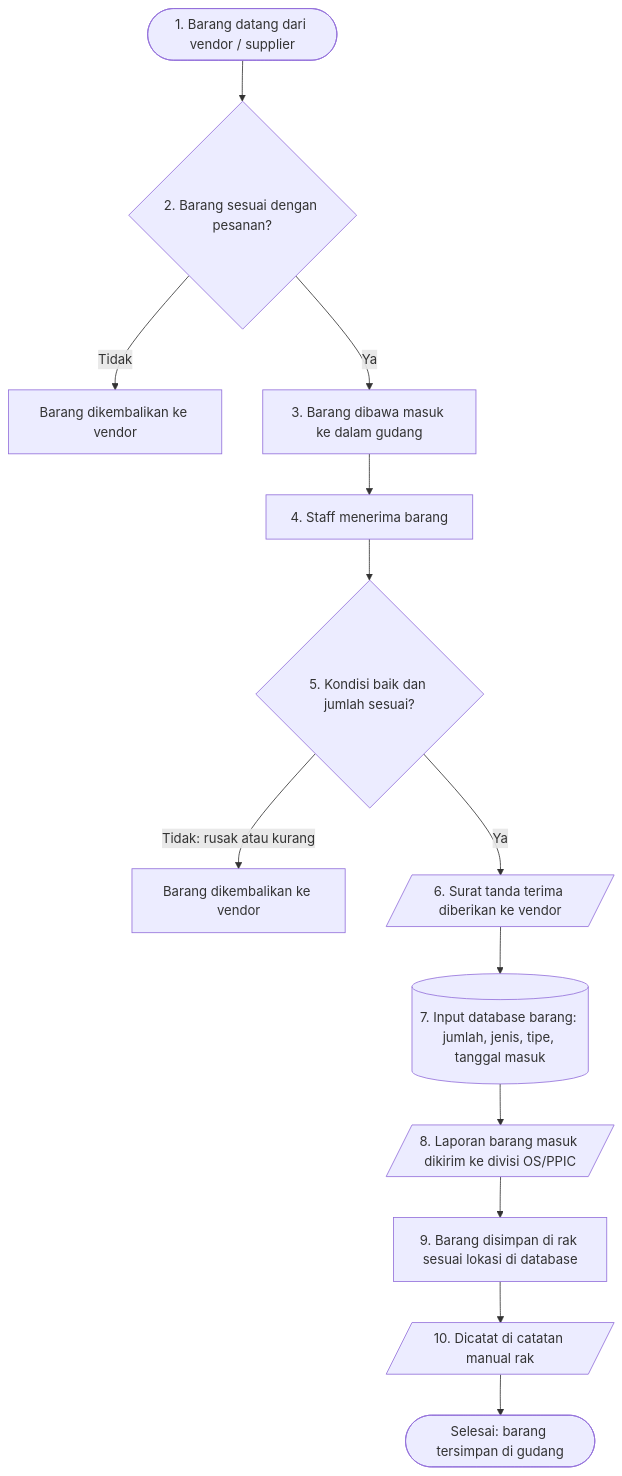
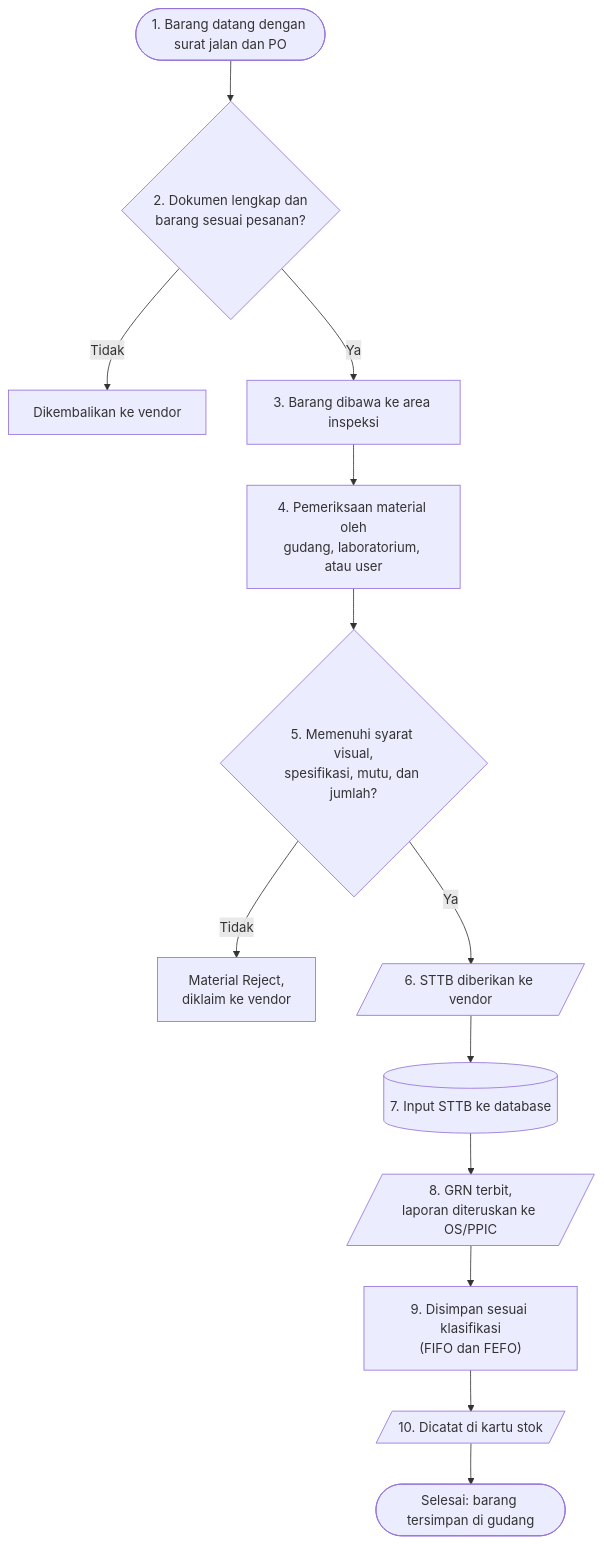
Before and after one commit to Hwarinn66/WareHouse: the diagram in docs/alur-kerja/barang-masuk.md, drawn with Mermaid. The commit also changed other lines of this file and 8 other files, not shown here.

First line of the commit message:
Samakan alur kerja dengan instruksi kerja resmi Gudang Teknik

````diff
--- a/docs/alur-kerja/barang-masuk.md
+++ b/docs/alur-kerja/barang-masuk.md
@@ -18,17 +18,17 @@
 ```mermaid
 flowchart TD
   accTitle: Flowchart alur barang masuk
-  accDescr: 1 barang datang dari vendor, 2 dicek kesesuaiannya dengan pesanan, 3 dibawa masuk ke gudang, 4 diterima staff, 5 dicek kondisi dan jumlahnya, 6 surat tanda terima diberikan ke vendor, 7 data diinput ke database, 8 laporan dikirim ke OS/PPIC, 9 barang disimpan di rak, 10 dicatat di catatan manual rak. Barang yang tidak lolos pengecekan di langkah 2 atau 5 dikembalikan ke vendor.
-  L1(["1. Barang datang dari vendor / supplier"]):::vendor --> L2{"2. Barang sesuai dengan pesanan?"}:::cek
-  L2 -- Tidak --> T2["Barang dikembalikan ke vendor"]:::tolak
-  L2 -- Ya --> L3["3. Barang dibawa masuk ke dalam gudang"]:::staff
-  L3 --> L4["4. Staff menerima barang"]:::staff
-  L4 --> L5{"5. Kondisi baik dan jumlah sesuai?"}:::cek
-  L5 -- "Tidak: rusak atau kurang" --> T5["Barang dikembalikan ke vendor"]:::tolak
-  L5 -- Ya --> L6[/"6. Surat tanda terima diberikan ke vendor"/]:::dokumen
-  L6 --> L7[("7. Input database barang: jumlah, jenis, tipe, tanggal masuk")]:::sistem
-  L7 --> L8[/"8. Laporan barang masuk dikirim ke divisi OS/PPIC"/]:::dokumen
-  L8 --> L9["9. Barang disimpan di rak sesuai lokasi di database"]:::staff
-  L9 --> L10[/"10. Dicatat di catatan manual rak"/]:::dokumen
+  accDescr: 1 barang datang dengan surat jalan dan PO, 2 dokumen dan kesesuaian pesanan dicek, 3 barang dibawa ke area inspeksi, 4 material diperiksa oleh gudang, laboratorium, atau user, 5 hasil pemeriksaan dicocokkan dengan persyaratan, 6 STTB diberikan ke vendor, 7 STTB diinput ke database, 8 GRN terbit dan laporan diteruskan ke OS/PPIC, 9 barang disimpan sesuai klasifikasi, 10 dicatat di kartu stok. Barang yang tidak lolos di langkah 2 dikembalikan ke vendor, dan yang tidak lolos di langkah 5 diberi tanda Material Reject lalu diklaim ke vendor.
+  L1(["1. Barang datang dengan surat jalan dan PO"]):::vendor --> L2{"2. Dokumen lengkap dan<br/>barang sesuai pesanan?"}:::cek
+  L2 -- Tidak --> T2["Dikembalikan ke vendor"]:::tolak
+  L2 -- Ya --> L3["3. Barang dibawa ke area inspeksi"]:::staff
+  L3 --> L4["4. Pemeriksaan material oleh<br/>gudang, laboratorium, atau user"]:::staff
+  L4 --> L5{"5. Memenuhi syarat visual,<br/>spesifikasi, mutu, dan jumlah?"}:::cek
+  L5 -- Tidak --> T5["Material Reject,<br/>diklaim ke vendor"]:::tolak
+  L5 -- Ya --> L6[/"6. STTB diberikan ke vendor"/]:::dokumen
+  L6 --> L7[("7. Input STTB ke database")]:::sistem
+  L7 --> L8[/"8. GRN terbit,<br/>laporan diteruskan ke OS/PPIC"/]:::dokumen
+  L8 --> L9["9. Disimpan sesuai klasifikasi<br/>(FIFO dan FEFO)"]:::staff
+  L9 --> L10[/"10. Dicatat di kartu stok"/]:::dokumen
   L10 --> SELESAI(["Selesai: barang tersimpan di gudang"]):::selesai
 ```
````
